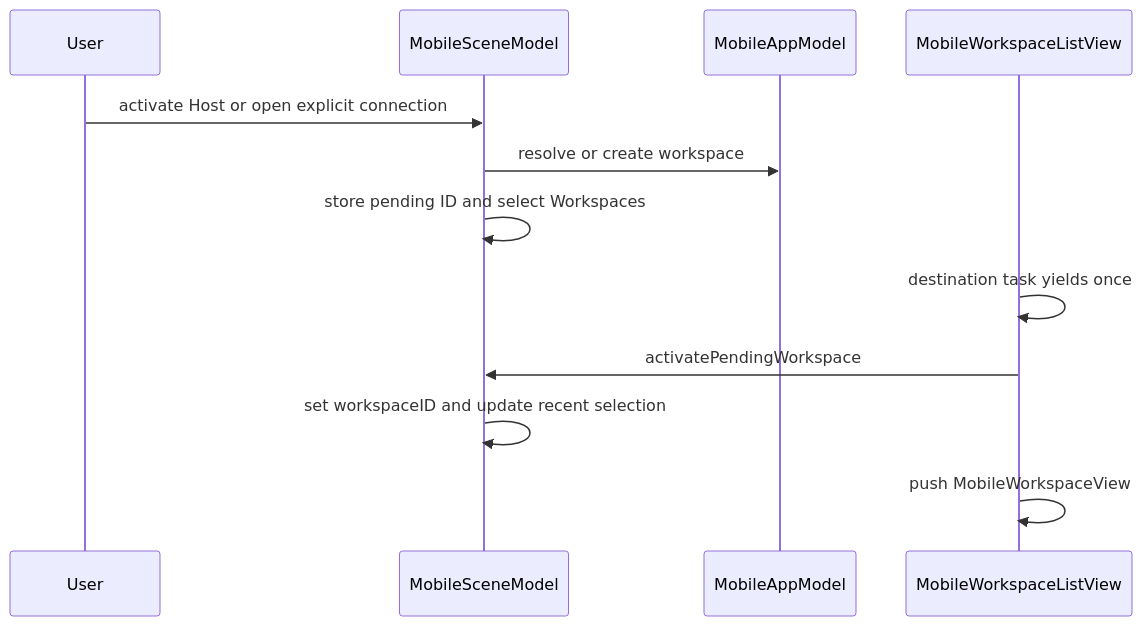
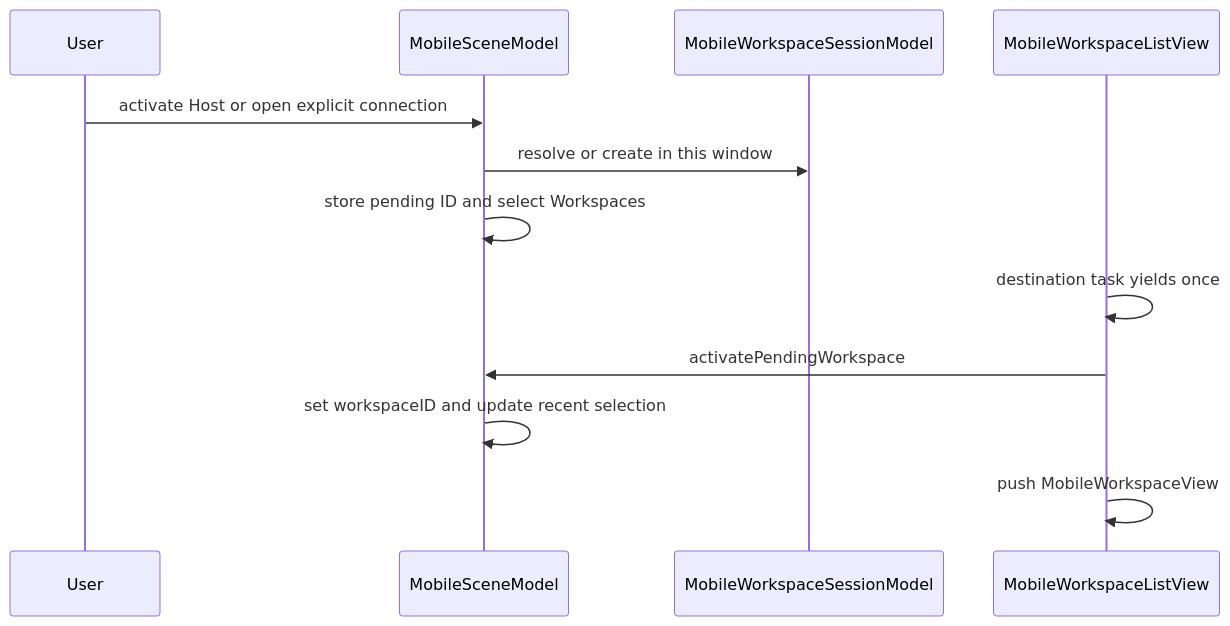
The second of 4 diagrams in openwiki/architecture/mobile-ui.md (AkinoKaede/Termind), drawn with Mermaid before and after one commit. The commit also changed other lines of this file and 51 other files, not shown here.

````diff
--- a/openwiki/architecture/mobile-ui.md
+++ b/openwiki/architecture/mobile-ui.md
@@ -129,14 +142,14 @@
 ```mermaid
 sequenceDiagram
     participant User
     participant Scene as MobileSceneModel
-    participant App as MobileAppModel
+    participant Session as MobileWorkspaceSessionModel
     participant List as MobileWorkspaceListView
     User->>Scene: activate Host or open explicit connection
-    Scene->>App: resolve or create workspace
+    Scene->>Session: resolve or create in this window
     Scene->>Scene: store pending ID and select Workspaces
     List->>List: destination task yields once
     List->>Scene: activatePendingWorkspace
     Scene->>Scene: set workspaceID and update recent selection
     List->>List: push MobileWorkspaceView
 ```
````
